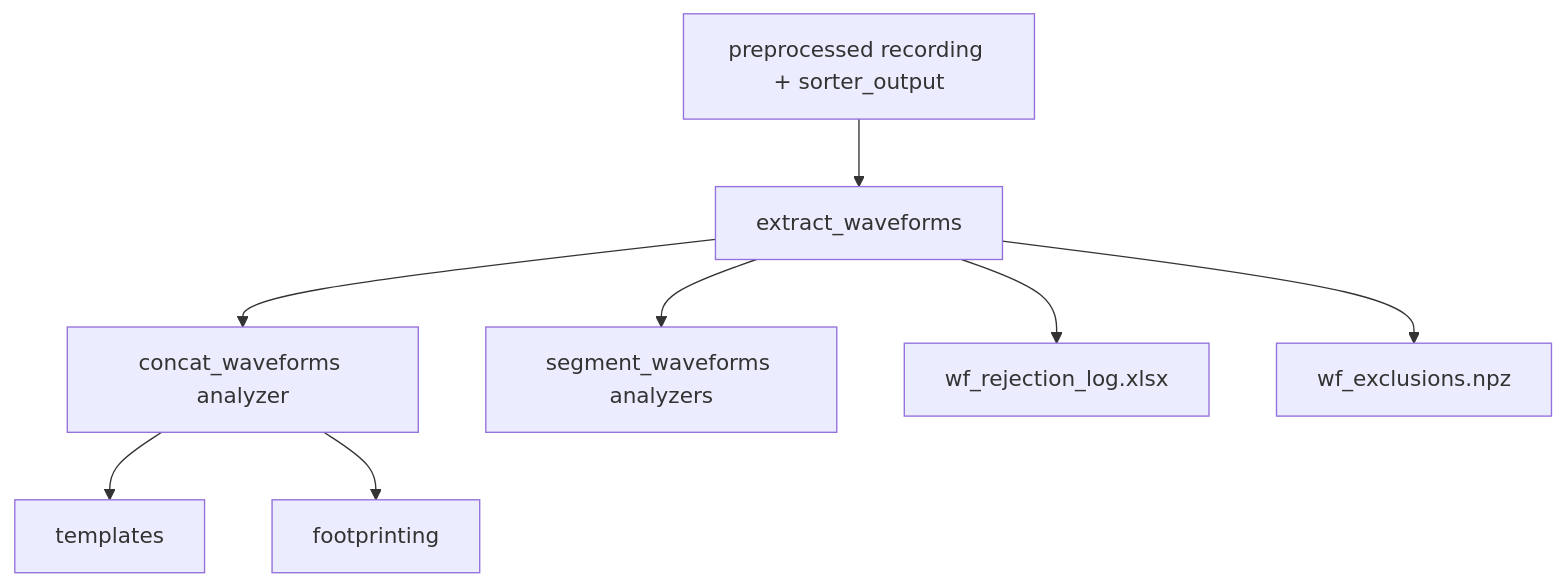
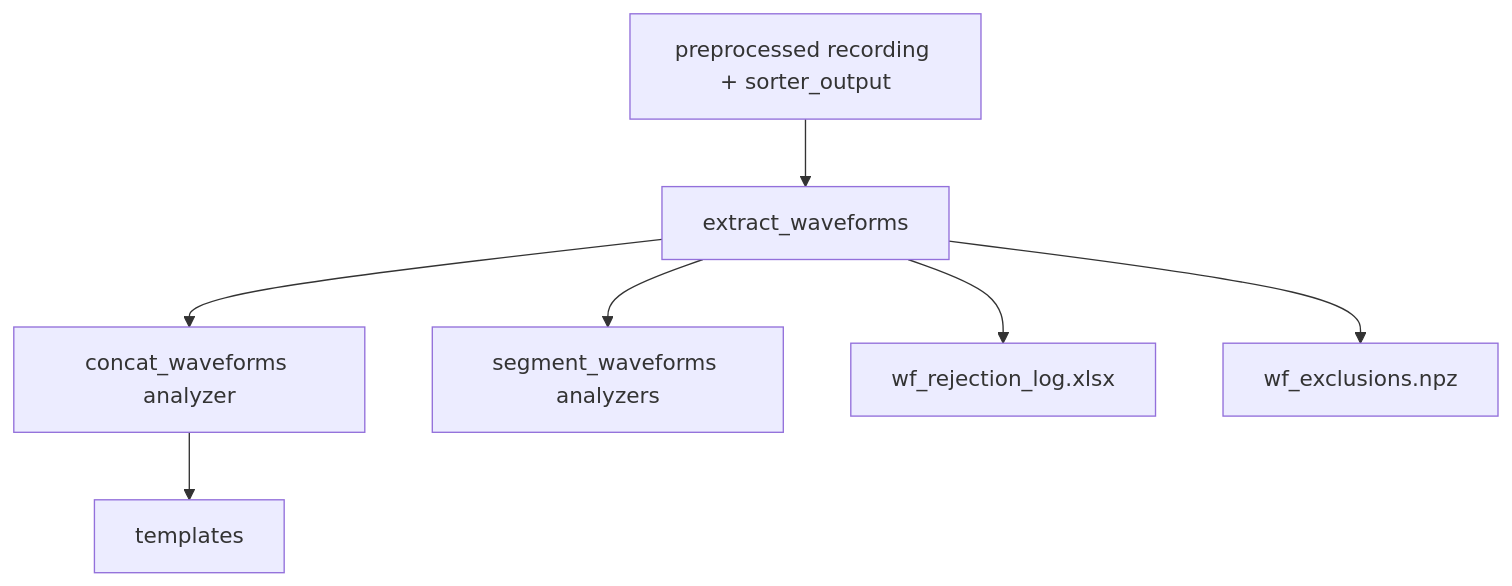
The diagram in src/axon_reconstructor/pipeline/waveforms/README.md (adamwea/axon_reconstructor), drawn with Mermaid before and after one commit. The commit also changed 40 other files, not shown here.

````diff
--- a/src/axon_reconstructor/pipeline/waveforms/README.md
+++ b/src/axon_reconstructor/pipeline/waveforms/README.md
@@ -82,10 +82,9 @@
 ```mermaid
 flowchart TD
   A[preprocessed recording + sorter_output] --> B[extract_waveforms]
   B --> C[concat_waveforms analyzer]
   B --> D[segment_waveforms analyzers]
   B --> E[wf_rejection_log.xlsx]
   B --> F[wf_exclusions.npz]
   C --> G[templates]
-  C --> H[footprinting]
 ```
````
